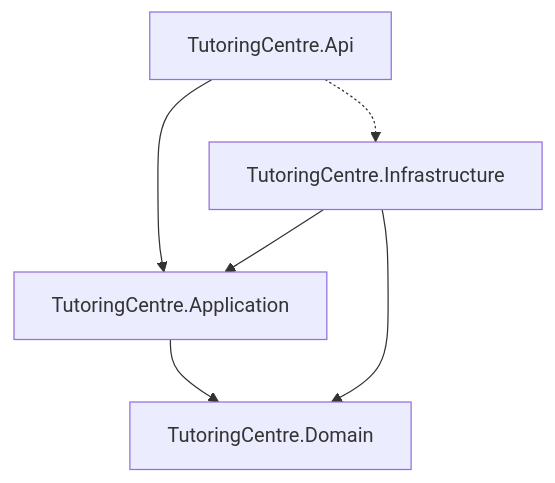
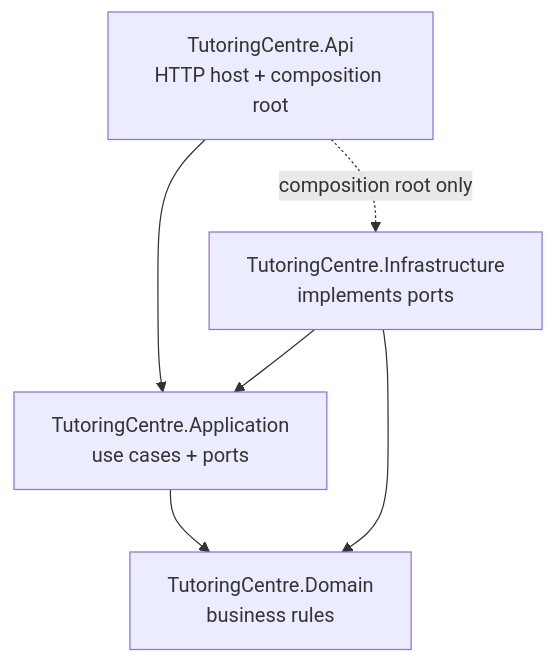
The diagram in README.md (youssef623/tutoring-centre), drawn with Mermaid before and after one commit. The commit also changed other lines of this file and 2 other files, not shown here.

````diff
--- a/README.md
+++ b/README.md
@@ -5,13 +78,13 @@
 ```mermaid
 flowchart TD
-    Api["TutoringCentre.Api"]
-    Application["TutoringCentre.Application"]
-    Infrastructure["TutoringCentre.Infrastructure"]
-    Domain["TutoringCentre.Domain"]
+    Api["TutoringCentre.Api<br/>HTTP host + composition root"]
+    Application["TutoringCentre.Application<br/>use cases + ports"]
+    Infrastructure["TutoringCentre.Infrastructure<br/>implements ports"]
+    Domain["TutoringCentre.Domain<br/>business rules"]
 
-    Application --> Domain
+    Api --> Application
+    Api -. "composition root only" .-> Infrastructure
     Infrastructure --> Application
     Infrastructure --> Domain
-    Api --> Application
-    Api -.-> Infrastructure
+    Application --> Domain
 ```
````
